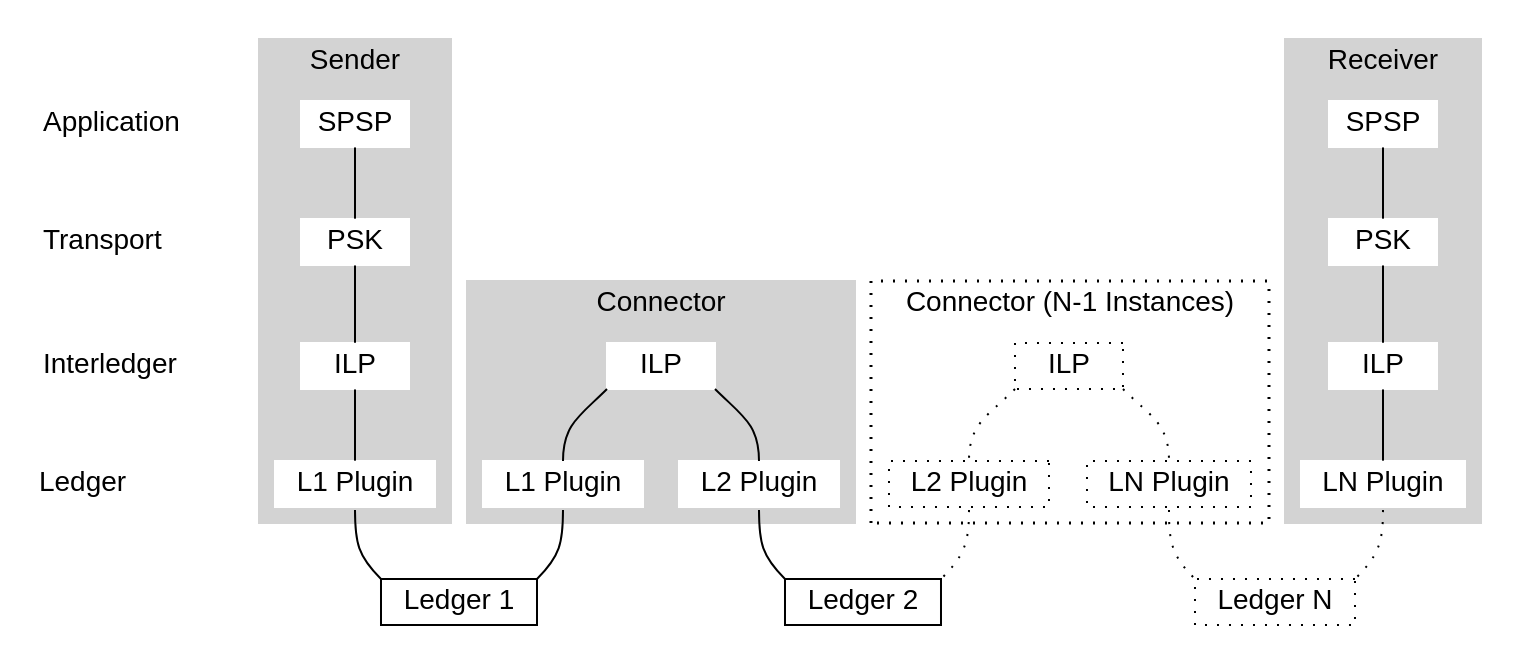
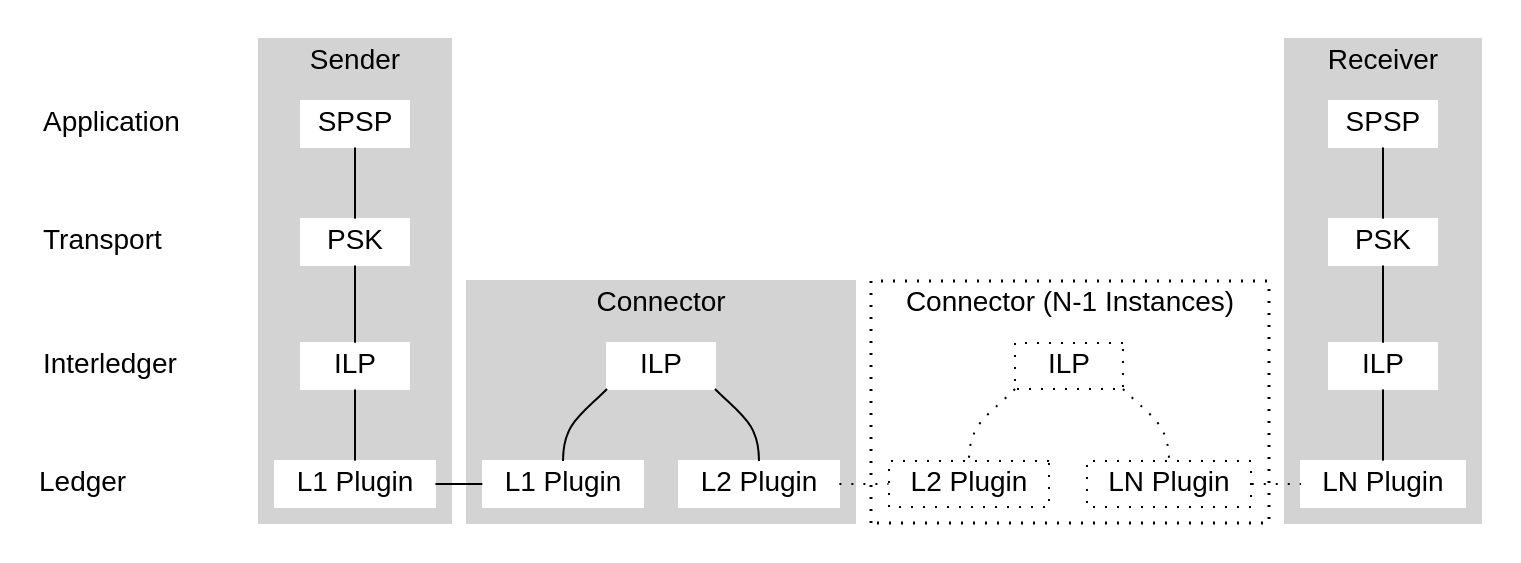
Before and after one commit to interledger/rfcs: the diagram in shared/graphs/protocol-suite.dot, drawn with Graphviz. The commit also changed 5 other files, not shown here.

```diff
--- a/shared/graphs/protocol-suite.dot
+++ b/shared/graphs/protocol-suite.dot
@@ -1,79 +1,71 @@
 graph G {
   node [shape = box,height=.1,fontname = "helvetica"];
   newrank=true;
 
   app [label="Application\l" shape="plaintext" width=1.5]
   transport [label="Transport\l" shape="plaintext" width=1.5]
   interledger [label="Interledger\l" shape="plaintext" width=1.5]
   ledger [label="Ledger\l" shape="plaintext" width=1.5]
 
   subgraph cluster_0 {
     style=filled;
     color=lightgrey;
     node [style=filled,color=white];
     app1 [label=SPSP];
     tr1 [label=PSK];
     im1 [label="ILP"];
     lli1 [label="L1 Plugin"];
     app1 -- tr1 -- im1 -- lli1;
     label = "Sender";
     fontname = "helvetica";
   }
 
   subgraph cluster_1 {
     style=filled;
     color=lightgrey;
     node [style=filled,color=white];
     im2 [label="ILP"];
     lli2[label="L1 Plugin"];
     lli3 [label="L2 Plugin"];
     im2:sw -- lli2:n;
     im2:se -- lli3:n;
     label = "Connector";
     fontname = "helvetica";
   }
 
   subgraph cluster_2 {
     style=dotted;
     color=black;
     penwidth=1.5;
     node [style=dotted,color=black];
     im3 [label="ILP"];
     lli4[label="L2 Plugin"];
     lli5 [label="LN Plugin"];
     im3:sw -- lli4:n [style=dotted];
     im3:se -- lli5:n [style=dotted];
     label = "Connector (N-1 Instances)";
     fontname = "helvetica";
   }
 
   subgraph cluster_3 {
     style=filled;
     color=lightgrey;
     node [style=filled,color=white];
     app2 [label=SPSP];
     tr2 [label=PSK];
     im4 [label="ILP"];
     lli6 [label="LN Plugin"];
     app2 -- tr2 -- im4 -- lli6;
     label = "Receiver";
     fontname = "helvetica";
   }
 
-  lli1:s -- l1:nw;
-  lli2:s -- l1:ne;
-  lli3:s -- l2:nw;
-  lli4:s -- l2:ne [style=dotted];
-  lli5:s -- l3:nw [style=dotted];
-  lli6:s -- l3:ne [style=dotted];
-
-  l1 [shape=box label="Ledger 1"];
-  l2 [shape=box label="Ledger 2"];
-  l3 [shape=box label="Ledger N" style=dotted];
+  lli1 -- lli2;
+  lli3 -- lli4 [style=dotted];
+  lli5 -- lli6 [style=dotted];
 
   { rank=same; app app1 app2 }
   { rank=same; transport tr1 tr2 }
   { rank=same; interledger im1 im2 im3 im4 }
   { rank=same; ledger lli1 lli2 lli3 lli4 lli5 lli6}
-  { rank=same; l1 l2 l3 }
 }
```
